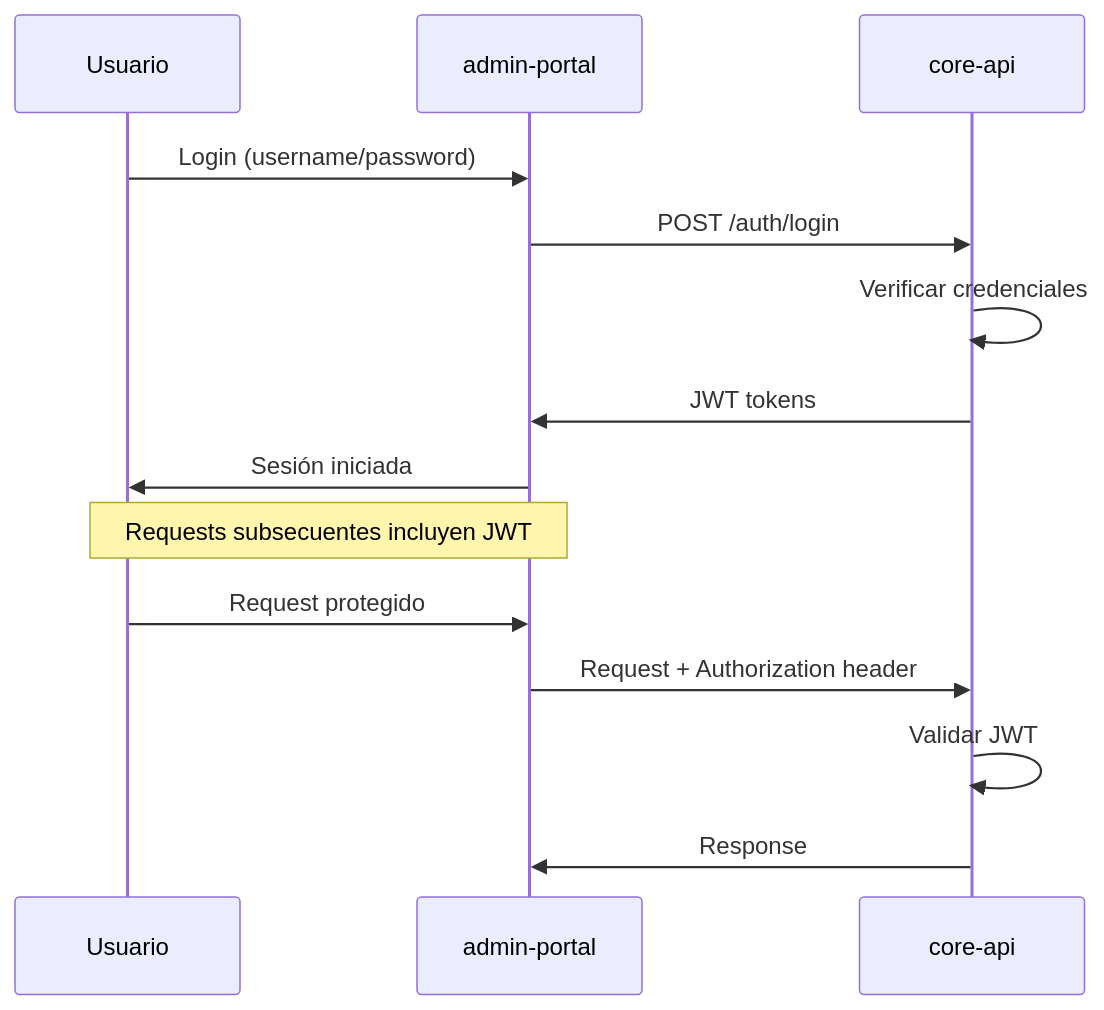
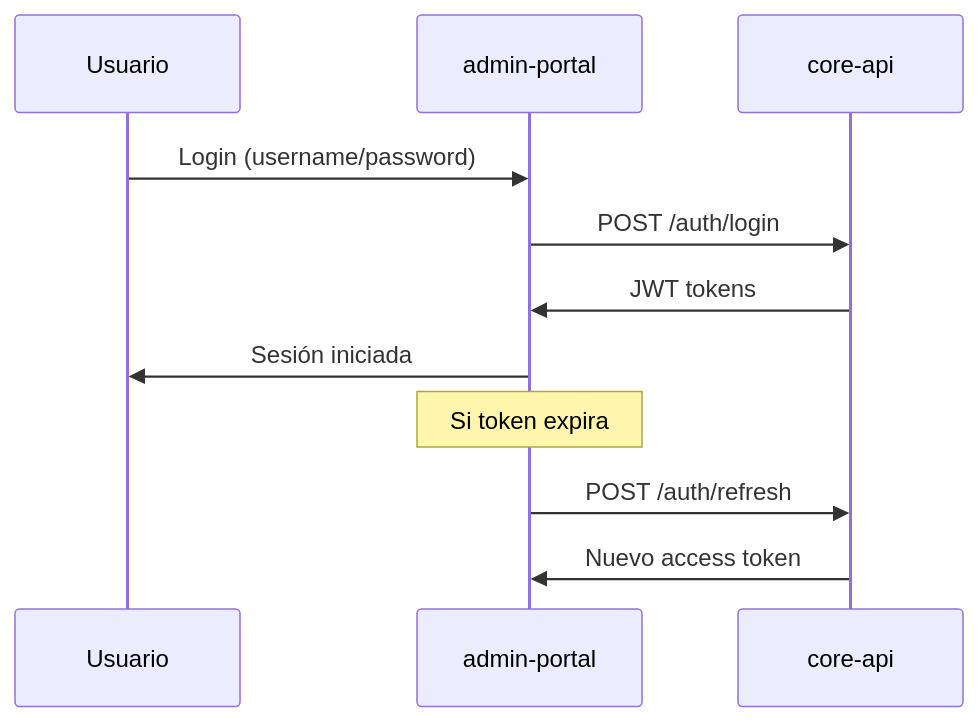
The third of 3 diagrams in README.md (SopHardware/repositorio-drivers), drawn with Mermaid before and after one commit. The commit also changed other lines of this file, not shown here.

````diff
--- a/README.md
+++ b/README.md
@@ -169,18 +187,14 @@
 ```mermaid
 sequenceDiagram
     participant U as Usuario
     participant A as admin-portal
     participant C as core-api
     
     U->>A: Login (username/password)
     A->>C: POST /auth/login
-    C->>C: Verificar credenciales
     C->>A: JWT tokens
     A->>U: Sesión iniciada
-    
-    Note over U,A: Requests subsecuentes incluyen JWT
-    U->>A: Request protegido
-    A->>C: Request + Authorization header
-    C->>C: Validar JWT
-    C->>A: Response
+    Note over A: Si token expira
+    A->>C: POST /auth/refresh
+    C->>A: Nuevo access token
 ```
````
